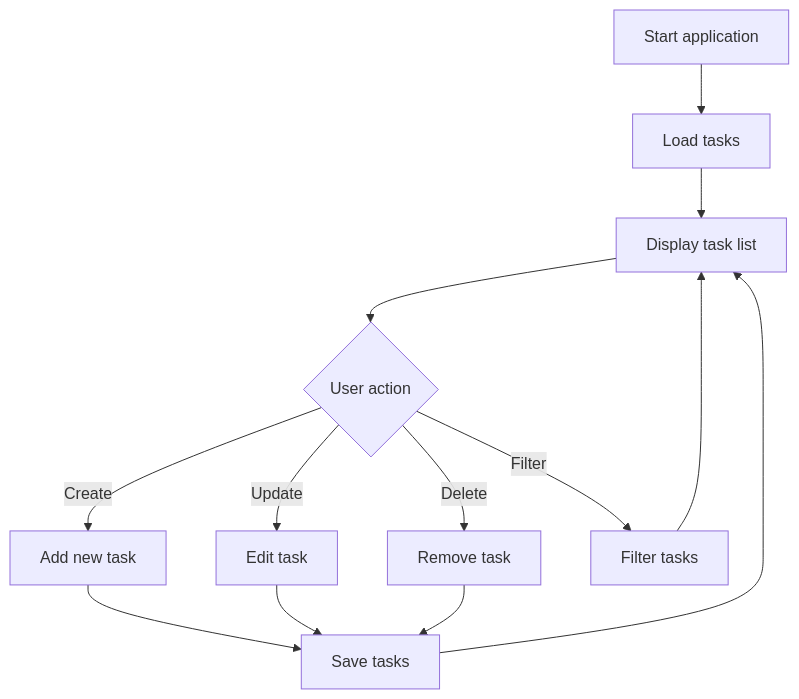
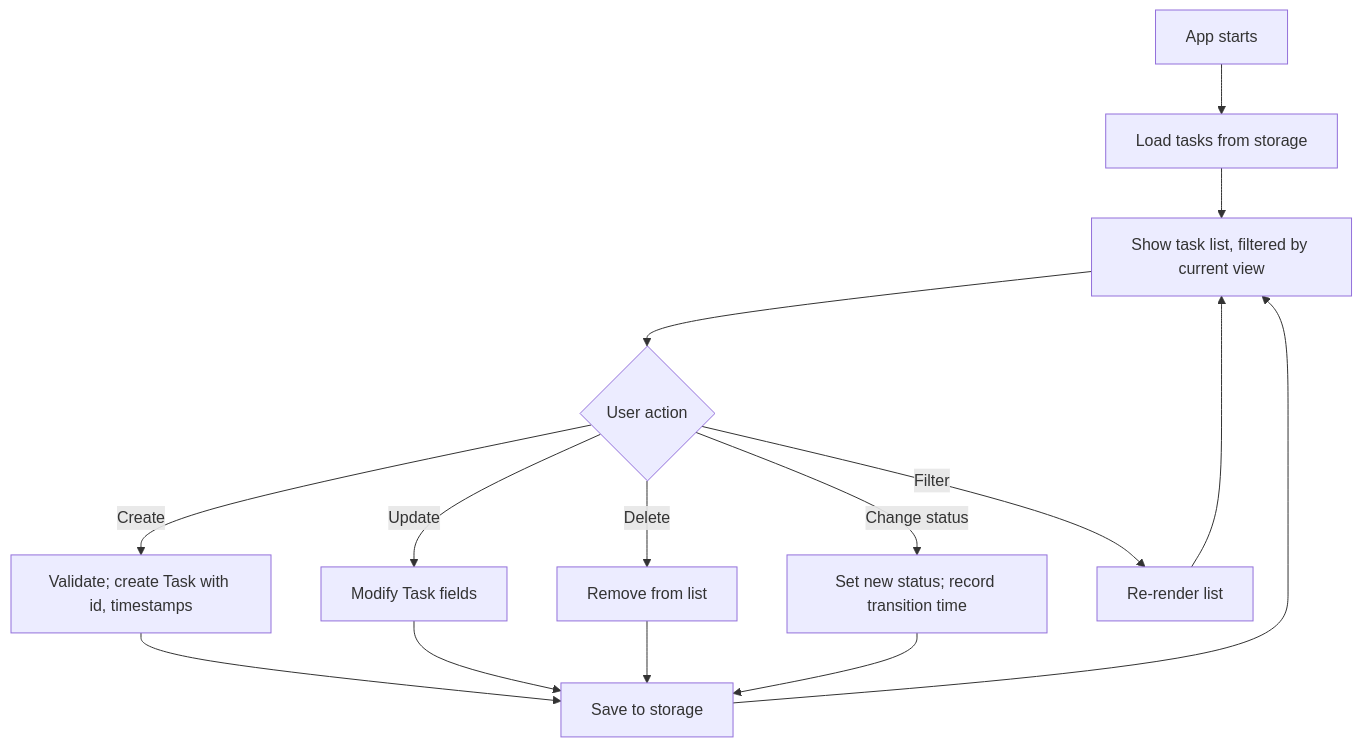
One commit to rmalkevy/Programming-Practice-Projects changed the diagram in labs/lab-12-task-tracker.md. Above: the diagram before and after it, drawn with Mermaid. The commit also changed other lines of this file and 3 other files, not shown here.

````diff
--- a/labs/lab-12-task-tracker.md
+++ b/labs/lab-12-task-tracker.md
@@ -39,15 +50,17 @@
 ```mermaid
 flowchart TD
-    A[Start application] --> B[Load tasks]
-    B --> C[Display task list]
+    A[App starts] --> B[Load tasks from storage]
+    B --> C[Show task list, filtered by current view]
     C --> D{User action}
-    D -- Create --> E[Add new task]
-    D -- Update --> F[Edit task]
-    D -- Delete --> G[Remove task]
-    D -- Filter --> H[Filter tasks]
-    E --> I[Save tasks]
-    F --> I
-    G --> I
-    H --> C
+    D -- Create --> E[Validate; create Task with id, timestamps]
+    D -- Update --> F[Modify Task fields]
+    D -- Delete --> G[Remove from list]
+    D -- Change status --> H[Set new status; record transition time]
+    D -- Filter --> I[Re-render list]
+    E --> J[Save to storage]
+    F --> J
+    G --> J
+    H --> J
+    J --> C
     I --> C
 ```
````
